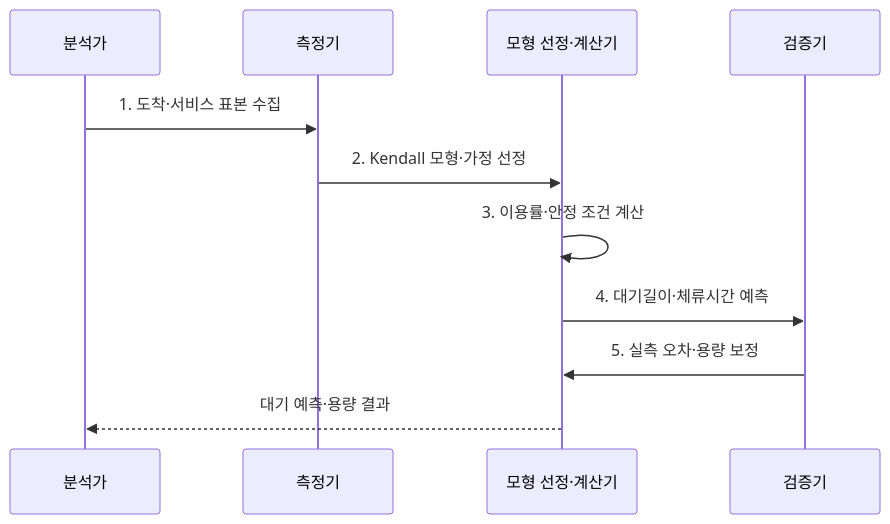
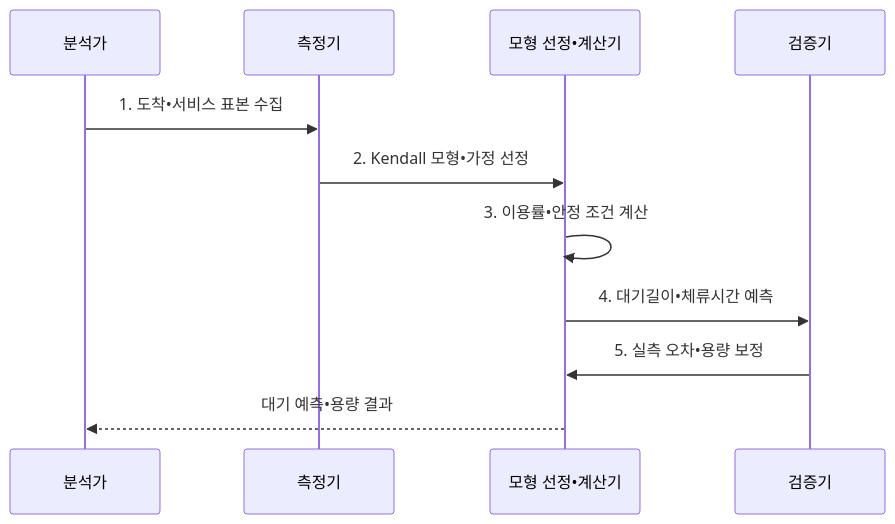
The second of 2 diagrams in src/content/docs/notes/06-evaluation/003_queuing_theory.md (agnusdei1207/knowledge-base), drawn with Mermaid before and after one commit. The commit also changed other lines of this file and 953 other files, not shown here.

````diff
--- a/src/content/docs/notes/06-evaluation/003_queuing_theory.md
+++ b/src/content/docs/notes/06-evaluation/003_queuing_theory.md
@@ -109,13 +109,13 @@
 ```mermaid
 sequenceDiagram
   participant A as 분석가
   participant M as 측정기
-    participant C as 모형 선정·계산기
+    participant C as 모형 선정•계산기
   participant V as 검증기
-  A->>M: 1. 도착·서비스 표본 수집
-    M->>C: 2. Kendall 모형·가정 선정
-    C->>C: 3. 이용률·안정 조건 계산
-  C->>V: 4. 대기길이·체류시간 예측
-  V->>C: 5. 실측 오차·용량 보정
-  C-->>A: 대기 예측·용량 결과
+  A->>M: 1. 도착•서비스 표본 수집
+    M->>C: 2. Kendall 모형•가정 선정
+    C->>C: 3. 이용률•안정 조건 계산
+  C->>V: 4. 대기길이•체류시간 예측
+  V->>C: 5. 실측 오차•용량 보정
+  C-->>A: 대기 예측•용량 결과
 ```
````
